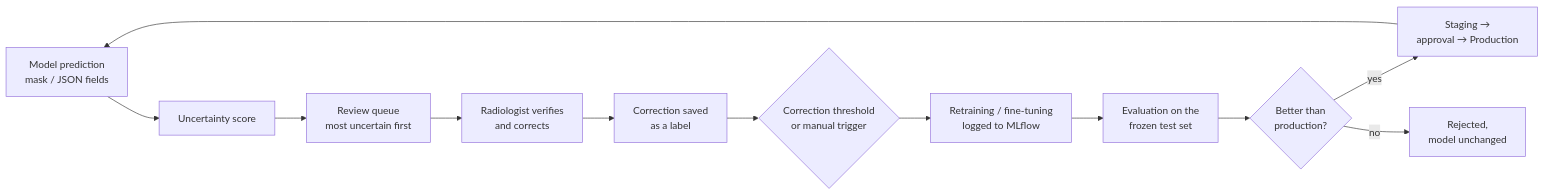
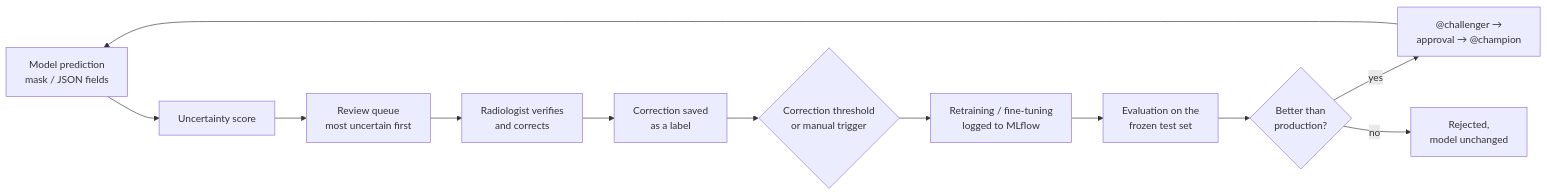
The diagram in README.md (ZPI-Breast-Cancer-Research/ZPI), drawn with Mermaid before and after one commit. The commit also changed other lines of this file and 62 other files, not shown here.

Commit message:
core folders update due to new architecture

````diff
--- a/README.md
+++ b/README.md
@@ -67,14 +67,14 @@
 ```mermaid
 flowchart LR
     P["Model prediction<br/>mask / JSON fields"] --> U["Uncertainty score"]
     U --> Q["Review queue<br/>most uncertain first"]
     Q --> R["Radiologist verifies<br/>and corrects"]
     R --> C["Correction saved<br/>as a label"]
     C --> T{"Correction threshold<br/>or manual trigger"}
     T --> F["Retraining / fine-tuning<br/>logged to MLflow"]
     F --> E["Evaluation on the<br/>frozen test set"]
     E --> G{"Better than<br/>production?"}
-    G -->|yes| S["Staging →<br/>approval → Production"]
+    G -->|yes| S["@challenger →<br/>approval → @champion"]
     G -->|no| X["Rejected,<br/>model unchanged"]
     S --> P
 ```
````
